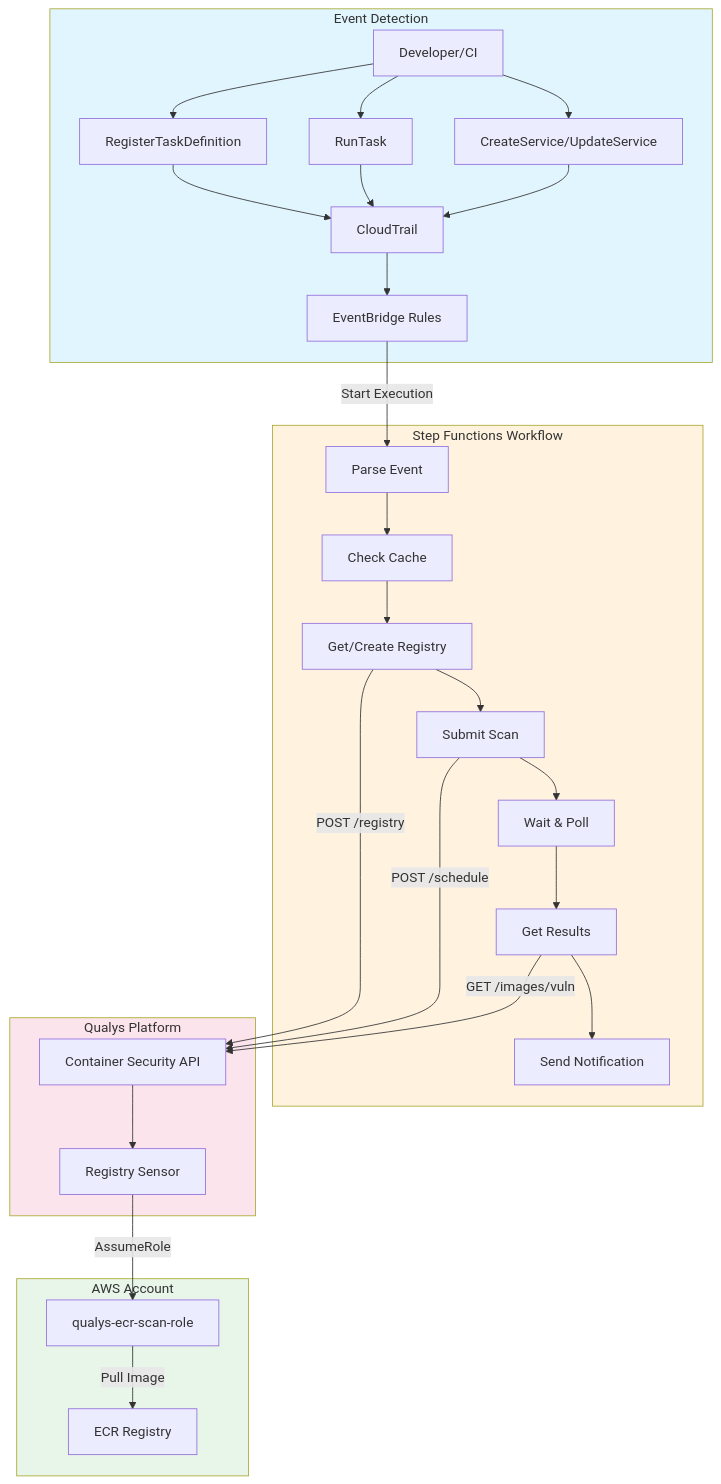
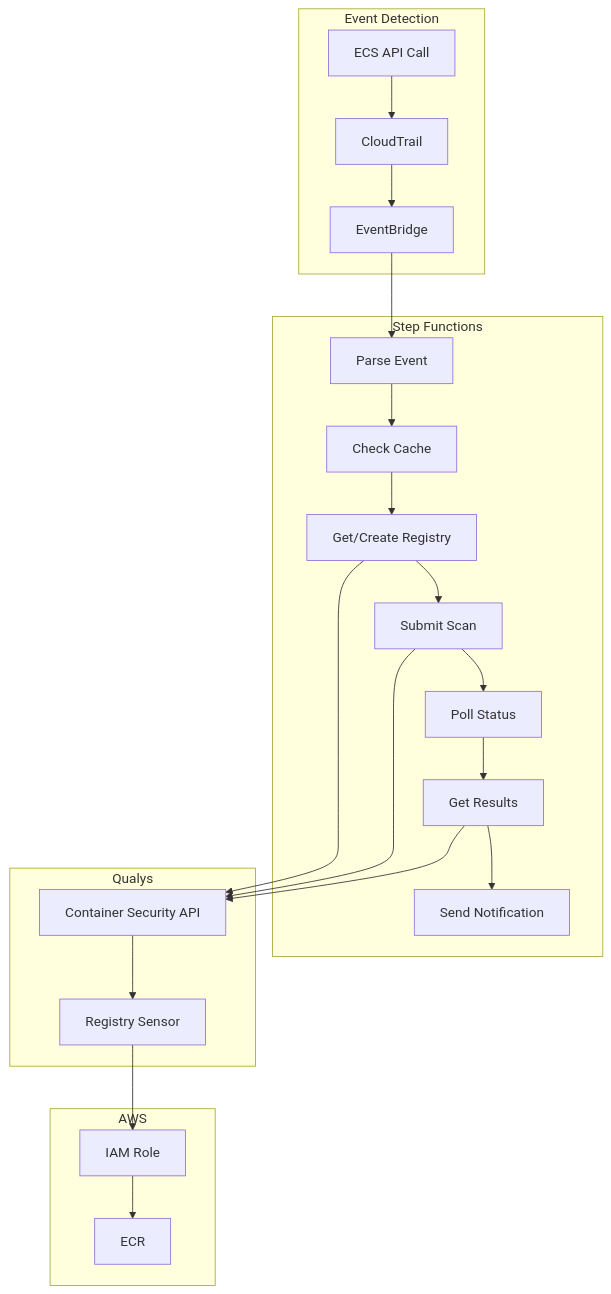
Before and after one commit to nelssec/qualys-fargate: the first of 5 diagrams in docs/blog-technical-architecture.md, drawn with Mermaid. The commit also changed other lines of this file and 6 other files, not shown here.

First line of the commit message:
Add existing IAM role support and update documentation

````diff
--- a/docs/blog-technical-architecture.md
+++ b/docs/blog-technical-architecture.md
@@ -20,57 +7,35 @@
 ```mermaid
 flowchart TB
     subgraph trigger["Event Detection"]
-        DEV[Developer/CI]
-        TASKDEF[RegisterTaskDefinition]
-        RUNTASK[RunTask]
-        SERVICE[CreateService/UpdateService]
+        ECS[ECS API Call]
         CT[CloudTrail]
-        EB[EventBridge Rules]
+        EB[EventBridge]
     end
 
-    subgraph orchestration["Step Functions Workflow"]
+    subgraph workflow["Step Functions"]
         PARSE[Parse Event]
         CACHE[Check Cache]
         REG[Get/Create Registry]
         SCAN[Submit Scan]
-        WAIT[Wait & Poll]
+        POLL[Poll Status]
         RESULTS[Get Results]
         NOTIFY[Send Notification]
     end
 
-    subgraph qualys["Qualys Platform"]
+    subgraph qualys["Qualys"]
         API[Container Security API]
         SENSOR[Registry Sensor]
     end
 
-    subgraph aws["AWS Account"]
-        ECR[ECR Registry]
-        ROLE[qualys-ecr-scan-role]
+    subgraph aws["AWS"]
+        ECR[ECR]
+        ROLE[IAM Role]
     end
 
-    DEV --> TASKDEF
-    DEV --> RUNTASK
-    DEV --> SERVICE
-    TASKDEF --> CT
-    RUNTASK --> CT
-    SERVICE --> CT
-    CT --> EB
-    EB -->|Start Execution| PARSE
-    PARSE --> CACHE
-    CACHE --> REG
-    REG -->|POST /registry| API
-    REG --> SCAN
-    SCAN -->|POST /schedule| API
-    SCAN --> WAIT
-    WAIT --> RESULTS
-    RESULTS -->|GET /images/vuln| API
-    RESULTS --> NOTIFY
-    API --> SENSOR
-    SENSOR -->|AssumeRole| ROLE
-    ROLE -->|Pull Image| ECR
-
-    style trigger fill:#e1f5fe
-    style orchestration fill:#fff3e0
-    style qualys fill:#fce4ec
-    style aws fill:#e8f5e9
+    ECS --> CT --> EB --> PARSE
+    PARSE --> CACHE --> REG --> SCAN --> POLL --> RESULTS --> NOTIFY
+    REG --> API
+    SCAN --> API
+    RESULTS --> API
+    API --> SENSOR --> ROLE --> ECR
 ```
````
